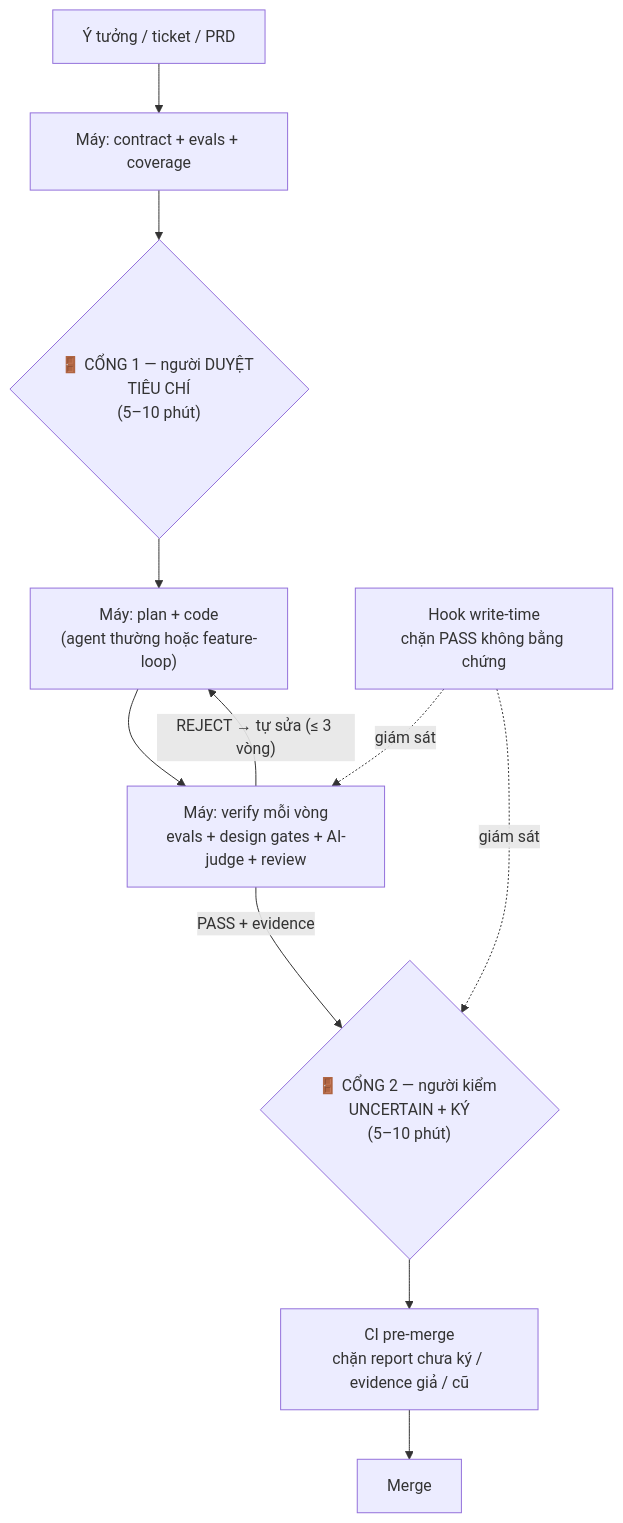
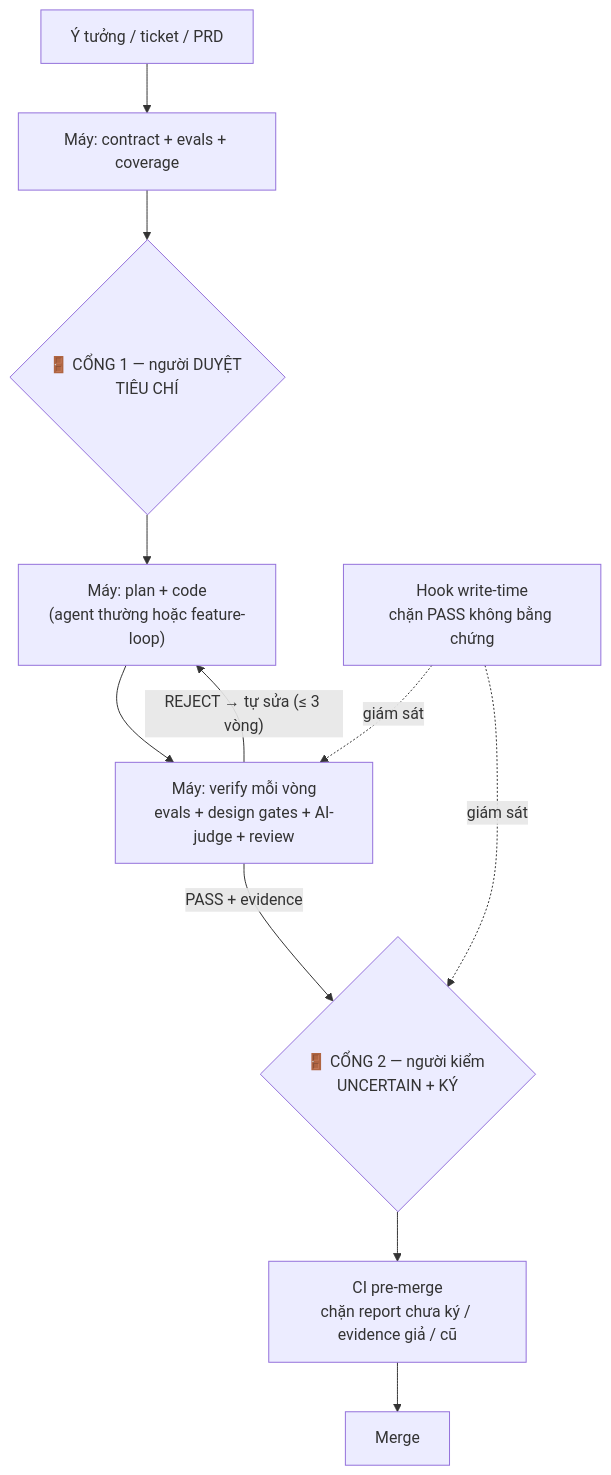
The first of 5 diagrams in GUIDE.md (phanlemanh/acceptance-gate-kit), drawn with Mermaid before and after one commit. The commit also changed other lines of this file and 13 other files, not shown here.

First line of the commit message:
acceptance(cat-hinh-thuc): 1a.0 rebase lên 1b + 1a.1 cắt đo-phút ở lệnh cổng và tài liệu

````diff
--- a/GUIDE.md
+++ b/GUIDE.md
@@ -77,13 +77,13 @@
 ```mermaid
 flowchart TB
   IN["Ý tưởng / ticket / PRD"] --> S1["Máy: contract + evals + coverage"]
-  S1 --> G1{"🚪 CỔNG 1 — người DUYỆT TIÊU CHÍ<br/>(5–10 phút)"}
+  S1 --> G1{"🚪 CỔNG 1 — người DUYỆT TIÊU CHÍ"}
   G1 --> CODE["Máy: plan + code<br/>(agent thường hoặc feature-loop)"]
   CODE --> V["Máy: verify mỗi vòng<br/>evals + design gates + AI-judge + review"]
   V -- "REJECT → tự sửa (≤ 3 vòng)" --> CODE
-  V -- "PASS + evidence" --> G2{"🚪 CỔNG 2 — người kiểm UNCERTAIN + KÝ<br/>(5–10 phút)"}
+  V -- "PASS + evidence" --> G2{"🚪 CỔNG 2 — người kiểm UNCERTAIN + KÝ"}
   G2 --> CI2["CI pre-merge<br/>chặn report chưa ký / evidence giả / cũ"]
   CI2 --> MERGE["Merge"]
   HK["Hook write-time<br/>chặn PASS không bằng chứng"] -. giám sát .-> V
   HK -. giám sát .-> G2
 ```
````
